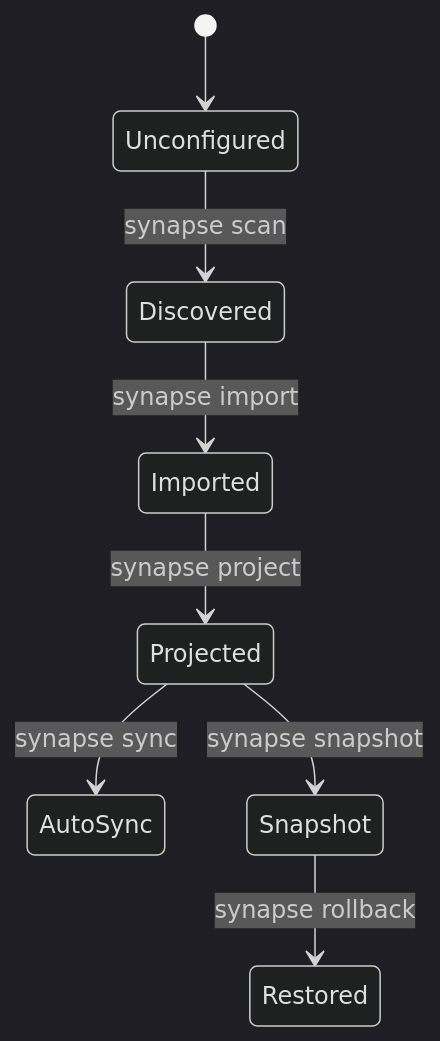
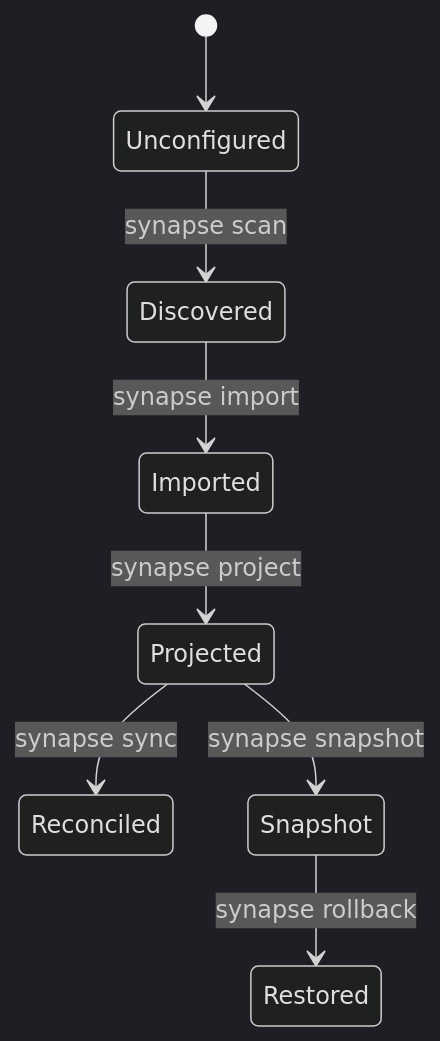
Before and after one commit to earnerbaymalay/synapse: the second of 3 diagrams in docs/USER_GUIDE.md, drawn with Mermaid (dark theme). The commit also changed other lines of this file and 6 other files, not shown here.

````diff
--- a/docs/USER_GUIDE.md
+++ b/docs/USER_GUIDE.md
@@ -73,10 +73,10 @@
 ```mermaid
 stateDiagram-v2
     [*] --> Unconfigured
     Unconfigured --> Discovered : synapse scan
     Discovered --> Imported : synapse import
     Imported --> Projected : synapse project
-    Projected --> AutoSync : synapse sync
+    Projected --> Reconciled : synapse sync
     Projected --> Snapshot : synapse snapshot
     Snapshot --> Restored : synapse rollback
 ```
````
